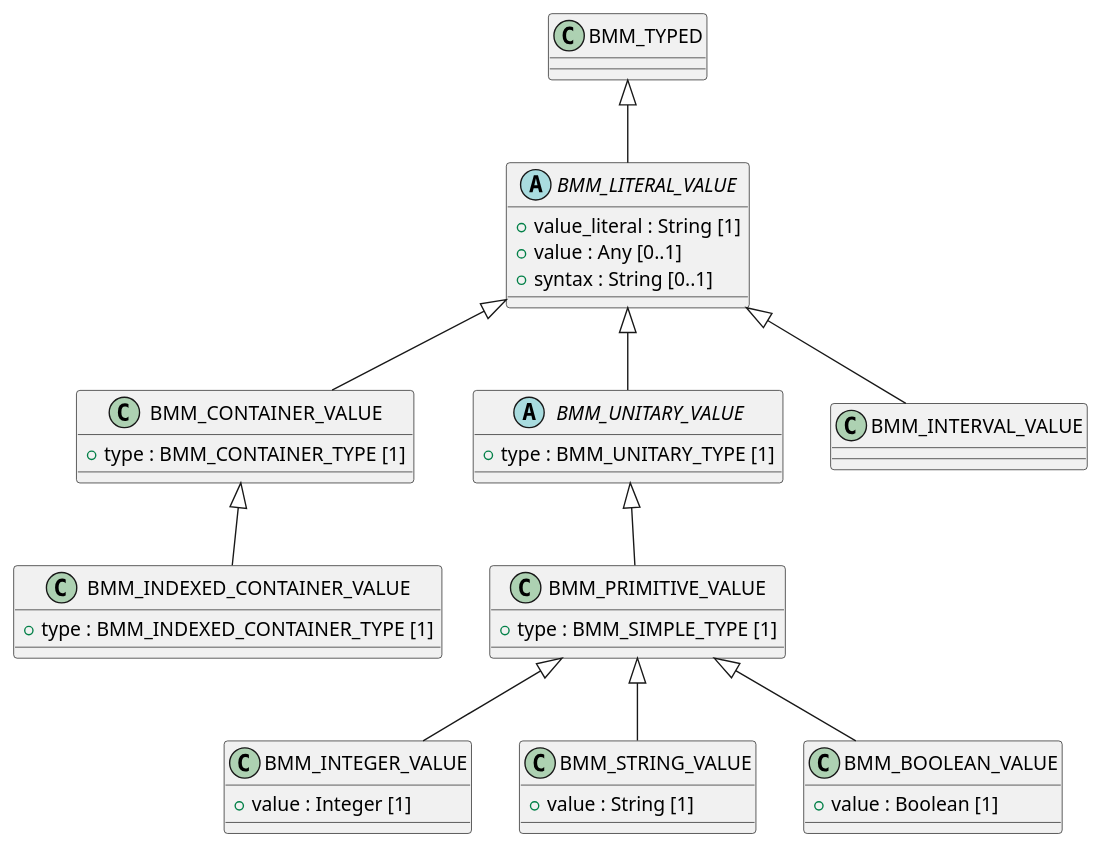
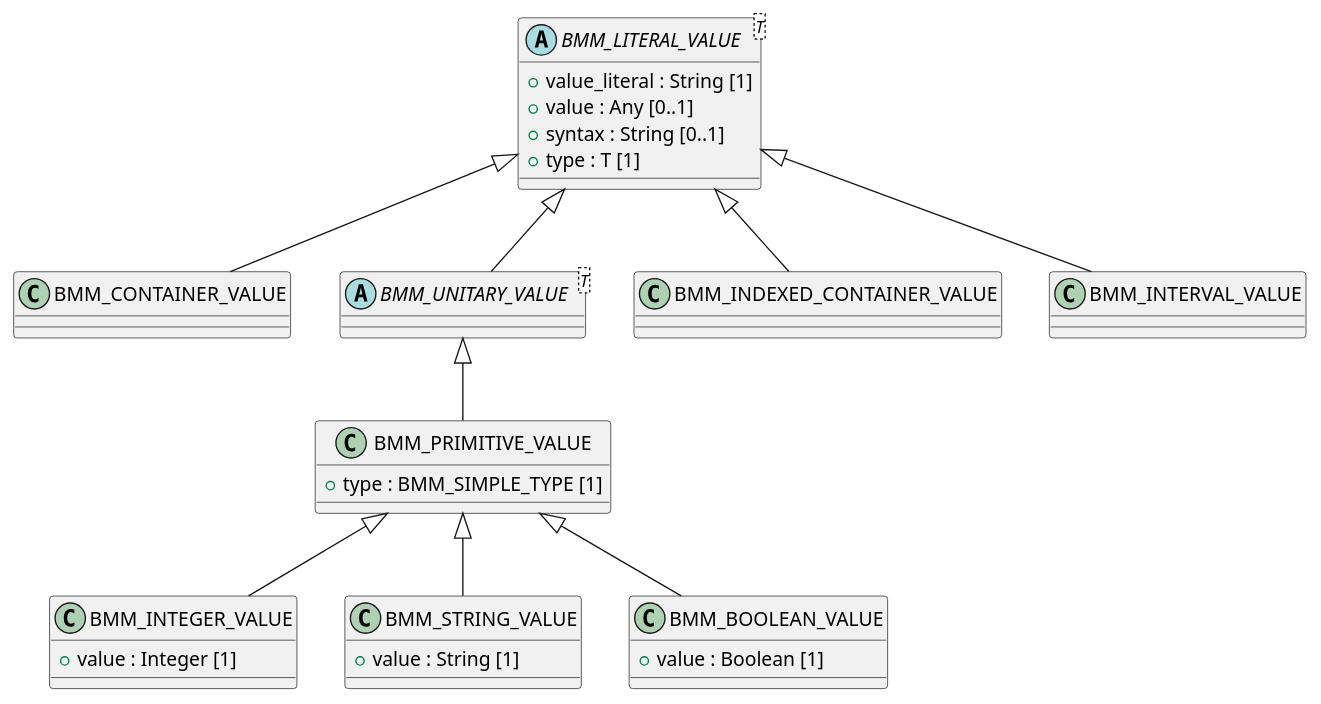
One commit to sebastian-iancu/code-generator changed the diagram in code/Adoc/openehr_lang_1.1.0/plantUML/packages/org.openehr.lang.bmm.core.literal_value.adoc. Above: the diagram before and after it, drawn with PlantUML. The commit also changed 719 other files, not shown here.

```diff
--- a/code/Adoc/openehr_lang_1.1.0/plantUML/packages/org.openehr.lang.bmm.core.literal_value.adoc
+++ b/code/Adoc/openehr_lang_1.1.0/plantUML/packages/org.openehr.lang.bmm.core.literal_value.adoc
@@ -1,53 +1,50 @@
 [plantuml,literal_value,format=svg,svg-type="inline"]
 -----
 @startuml
 
 class BMM_INTEGER_VALUE {
   + value : Integer [1]
 }
 
 class BMM_STRING_VALUE {
   + value : String [1]
 }
 
-abstract class BMM_LITERAL_VALUE {
+abstract class BMM_LITERAL_VALUE <T> {
   + value_literal : String [1]
   + value : Any [0..1]
   + syntax : String [0..1]
+  + type : T [1]
 }
 
 class BMM_BOOLEAN_VALUE {
   + value : Boolean [1]
 }
 
 class BMM_PRIMITIVE_VALUE {
   + type : BMM_SIMPLE_TYPE [1]
 }
 
 class BMM_CONTAINER_VALUE {
-  + type : BMM_CONTAINER_TYPE [1]
 }
 
-abstract class BMM_UNITARY_VALUE {
-  + type : BMM_UNITARY_TYPE [1]
+abstract class BMM_UNITARY_VALUE <T> {
 }
 
 class BMM_INDEXED_CONTAINER_VALUE {
-  + type : BMM_INDEXED_CONTAINER_TYPE [1]
 }
 
 class BMM_INTERVAL_VALUE {
 }
 
 BMM_PRIMITIVE_VALUE <|-- BMM_INTEGER_VALUE
 BMM_PRIMITIVE_VALUE <|-- BMM_STRING_VALUE
-BMM_TYPED <|-- BMM_LITERAL_VALUE
 BMM_PRIMITIVE_VALUE <|-- BMM_BOOLEAN_VALUE
 BMM_UNITARY_VALUE <|-- BMM_PRIMITIVE_VALUE
 BMM_LITERAL_VALUE <|-- BMM_CONTAINER_VALUE
 BMM_LITERAL_VALUE <|-- BMM_UNITARY_VALUE
-BMM_CONTAINER_VALUE <|-- BMM_INDEXED_CONTAINER_VALUE
+BMM_LITERAL_VALUE <|-- BMM_INDEXED_CONTAINER_VALUE
 BMM_LITERAL_VALUE <|-- BMM_INTERVAL_VALUE
 
 @enduml
 -----
```
